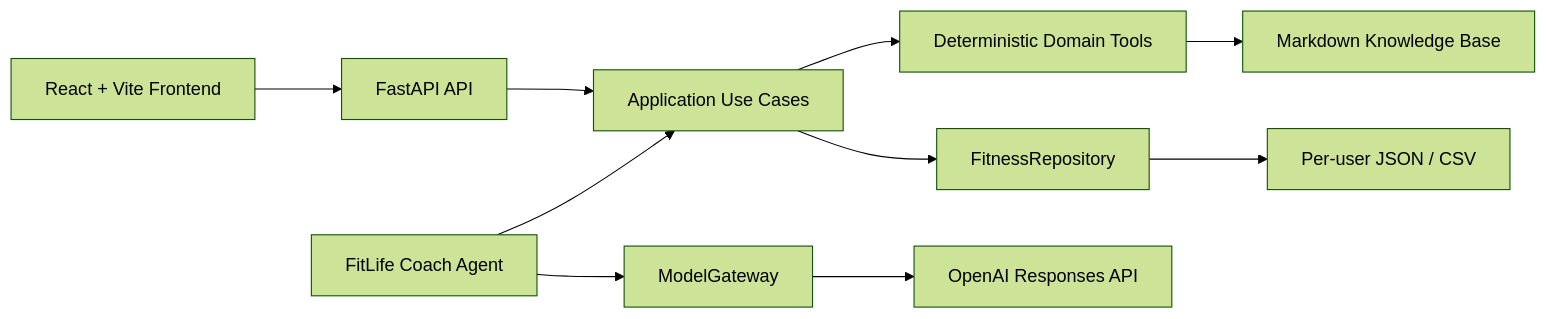
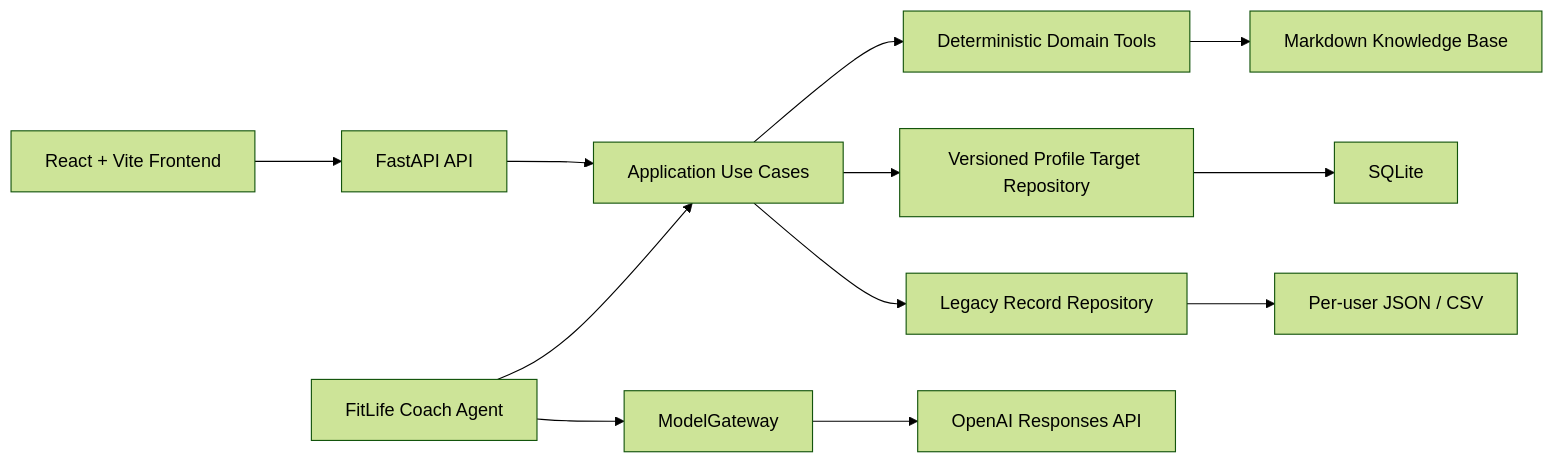
One commit to HarrySheldon/fitlife-agent changed the diagram in README.md. Above: the diagram before and after it, drawn with Mermaid (forest theme). The commit also changed other lines of this file and 2 other files, not shown here.

Commit message:
docs: verify versioned profile targets

````diff
--- a/README.md
+++ b/README.md
@@ -21,12 +24,14 @@
 ```mermaid
 flowchart LR
   UI["React + Vite Frontend"] --> API["FastAPI API"]
   API --> APP["Application Use Cases"]
   APP --> DOMAIN["Deterministic Domain Tools"]
-  APP --> REPO["FitnessRepository"]
+  APP --> PROFILE_REPO["Versioned Profile Target Repository"]
+  APP --> RECORD_REPO["Legacy Record Repository"]
   AGENT["FitLife Coach Agent"] --> APP
   AGENT --> MODEL["ModelGateway"]
-  REPO --> FILES["Per-user JSON / CSV"]
+  PROFILE_REPO --> SQLITE["SQLite"]
+  RECORD_REPO --> FILES["Per-user JSON / CSV"]
   MODEL --> OPENAI["OpenAI Responses API"]
   DOMAIN --> KB["Markdown Knowledge Base"]
 ```
````
